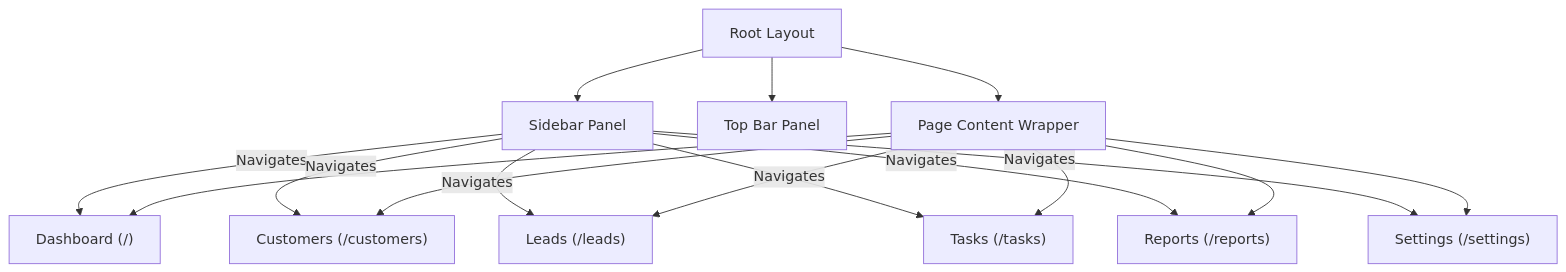
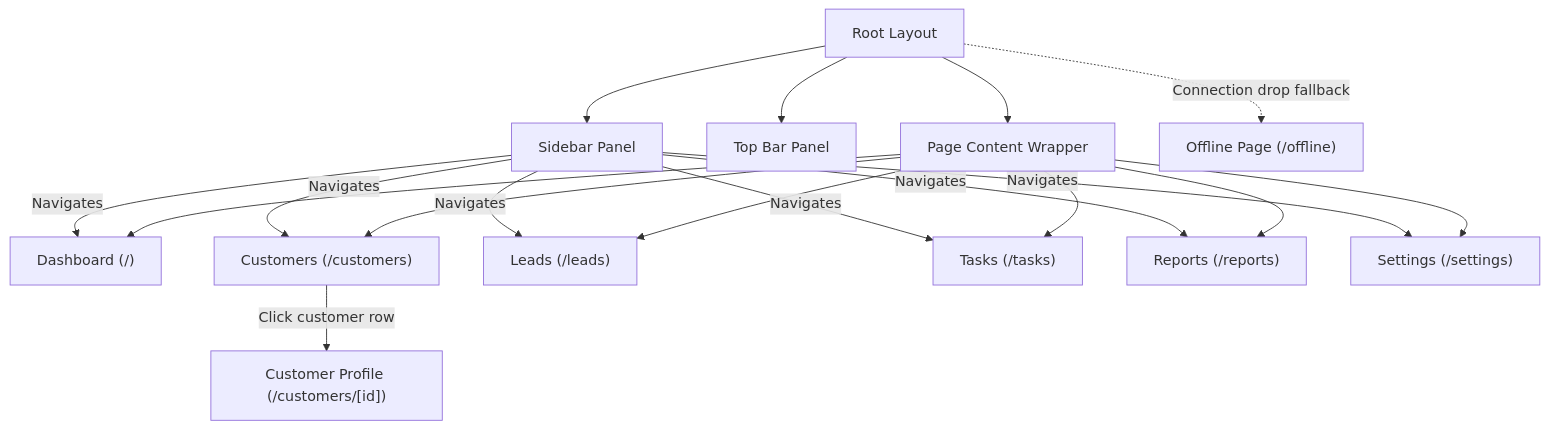
Before and after one commit to nandakumar-nandu/NexusCRM: the fifth of 5 diagrams in README.md, drawn with Mermaid. The commit also changed 10 other files, not shown here.

````diff
--- a/README.md
+++ b/README.md
@@ -136,20 +136,23 @@
 ```mermaid
 graph TD
     Root[Root Layout] --> Sidebar[Sidebar Panel]
     Root --> TopBar[Top Bar Panel]
     Root --> Wrapper[Page Content Wrapper]
     
     Sidebar --> |Navigates| Dash["Dashboard (/)"]
     Sidebar --> |Navigates| Cust["Customers (/customers)"]
     Sidebar --> |Navigates| Leads["Leads (/leads)"]
     Sidebar --> |Navigates| Tasks["Tasks (/tasks)"]
     Sidebar --> |Navigates| Reps["Reports (/reports)"]
     Sidebar --> |Navigates| Sett["Settings (/settings)"]
     
     Wrapper --> Dash
     Wrapper --> Cust
     Wrapper --> Leads
     Wrapper --> Tasks
     Wrapper --> Reps
     Wrapper --> Sett
+    
+    Cust --> |Click customer row| CustDet["Customer Profile (/customers/[id])"]
+    Root -.-> |Connection drop fallback| Offline["Offline Page (/offline)"]
 ```
````
